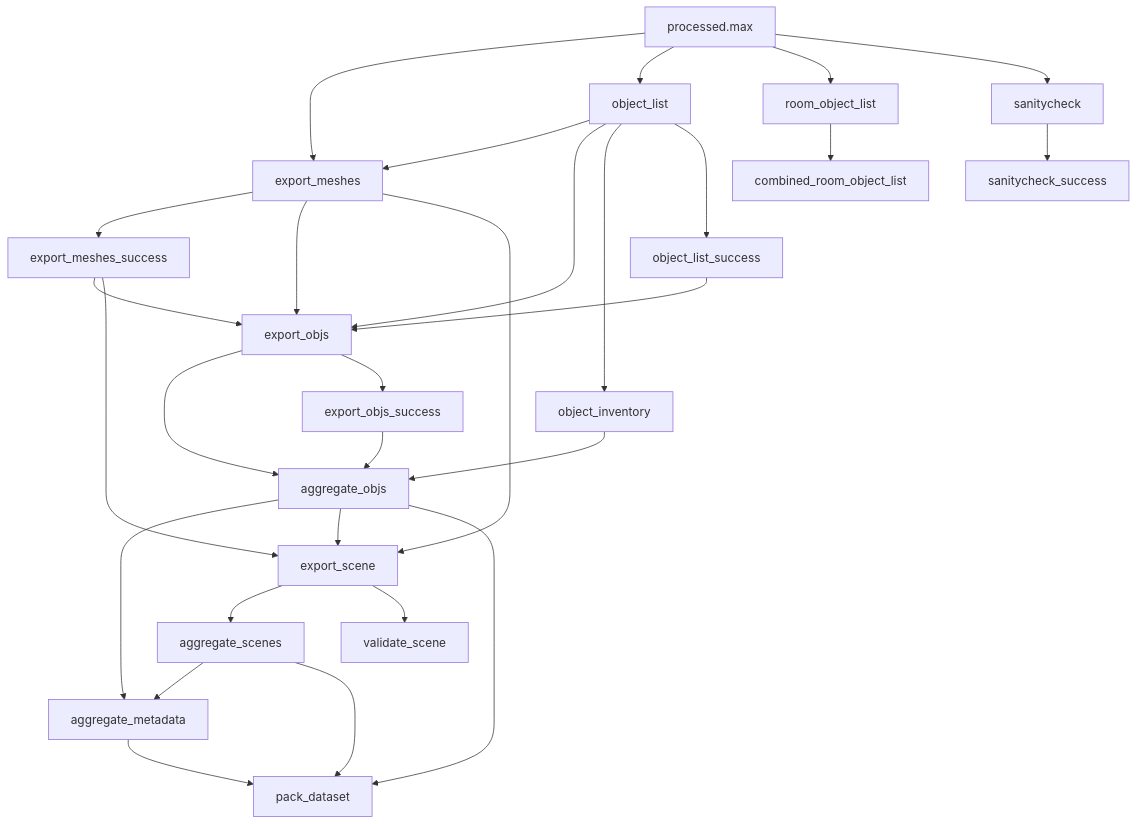
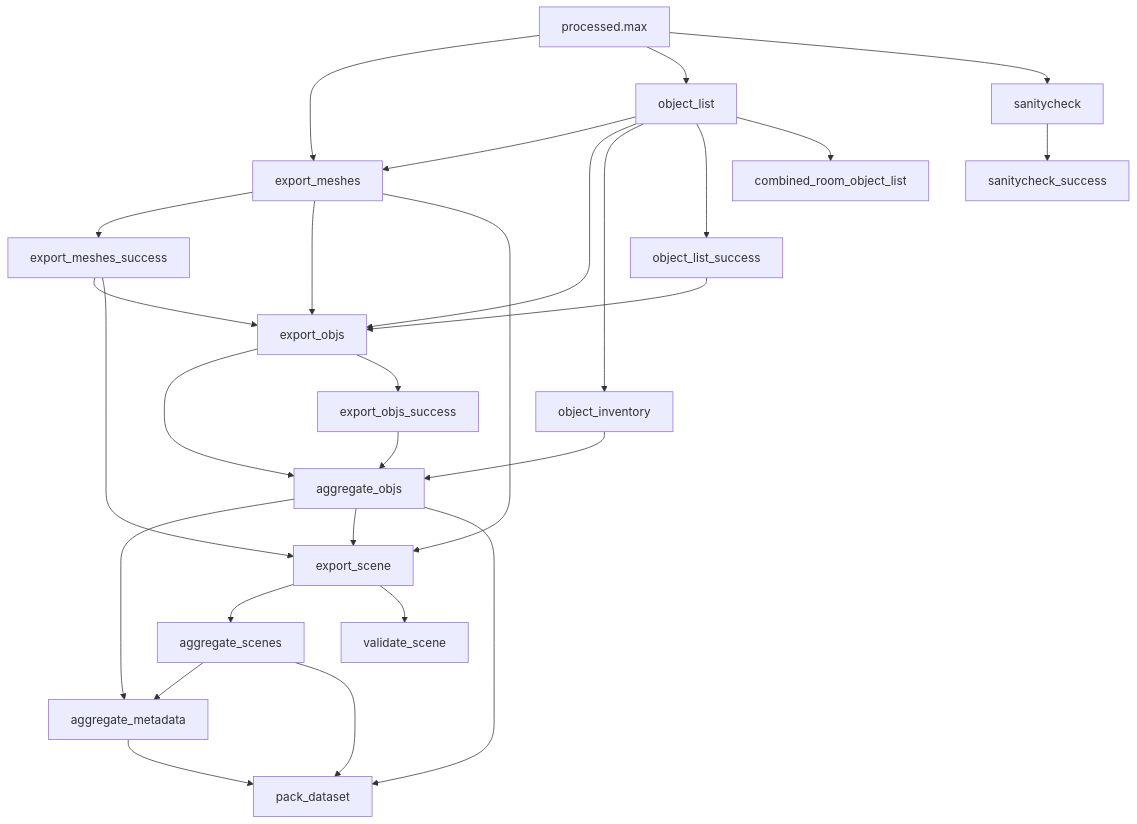
Before and after one commit to StanfordVL/OmniGibson: the diagram in asset_pipeline/README.md, drawn with Mermaid. The commit also changed other lines of this file and 67 other files, not shown here.

Commit message:
Remove room_object_list as a separate system

````diff
--- a/asset_pipeline/README.md
+++ b/asset_pipeline/README.md
@@ -72,31 +72,30 @@
 ```mermaid
   graph TD;
     aggregate_metadata --> pack_dataset
     aggregate_objs --> aggregate_metadata
     aggregate_objs --> export_scene
     aggregate_objs --> pack_dataset
     aggregate_scenes --> aggregate_metadata
     aggregate_scenes --> pack_dataset
     export_meshes --> export_meshes_success
     export_meshes --> export_objs
     export_meshes --> export_scene
     export_meshes_success --> export_objs
     export_meshes_success --> export_scene
     export_objs --> aggregate_objs
     export_objs --> export_objs_success
     export_objs_success --> aggregate_objs
     export_scene --> aggregate_scenes
     export_scene --> validate_scene
     object_inventory --> aggregate_objs
     object_list --> export_meshes
     object_list --> export_objs
     object_list --> object_inventory
     object_list --> object_list_success
     object_list_success --> export_objs
-    room_object_list --> combined_room_object_list
+    object_list --> combined_room_object_list
     sanitycheck --> sanitycheck_success
     processed.max --> export_meshes
     processed.max --> object_list
-    processed.max --> room_object_list
     processed.max --> sanitycheck
 ```
````
